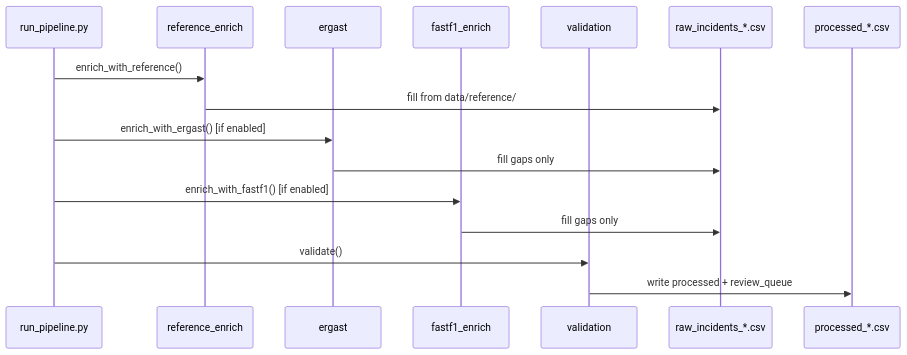
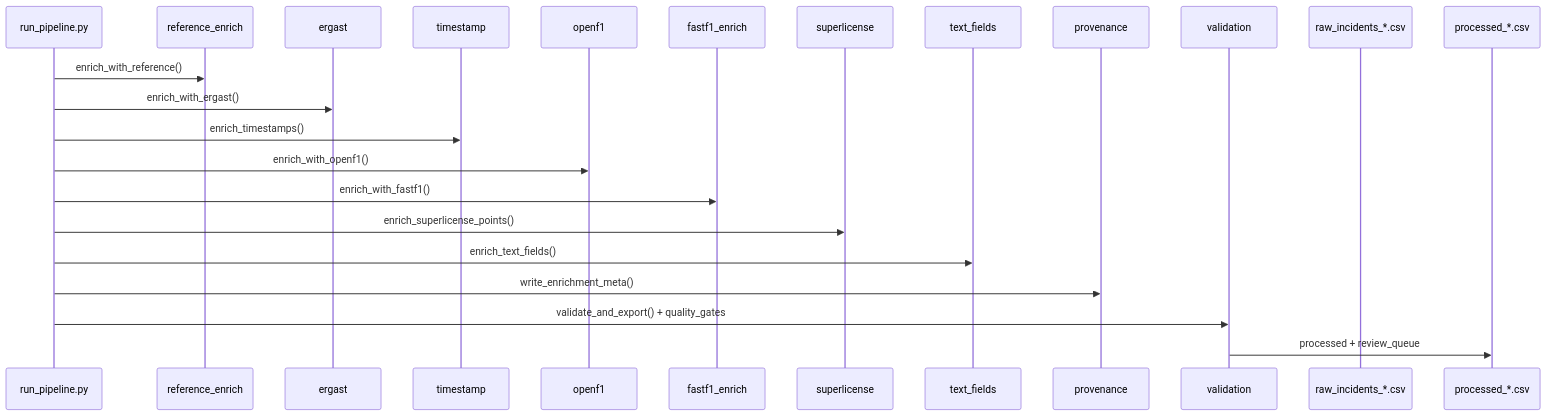
One commit to Rouxxel/f1_penalty_predictor changed the fourth of 6 diagrams in src/fia_ml/data/enrichment/README.md. Above: the diagram before and after it, drawn with Mermaid. The commit also changed other lines of this file and 8 other files, not shown here.

````diff
--- a/src/fia_ml/data/enrichment/README.md
+++ b/src/fia_ml/data/enrichment/README.md
@@ -182,19 +139,26 @@
 ```mermaid
 sequenceDiagram
     participant CLI as run_pipeline.py
     participant REF as reference_enrich
     participant ERG as ergast
+    participant TS as timestamp
+    participant OF1 as openf1
     participant FF as fastf1_enrich
+    participant SL as superlicense
+    participant TXT as text_fields
+    participant PROV as provenance
     participant VAL as validation
     participant CSV as raw_incidents_*.csv
     participant OUT as processed_*.csv
 
     CLI->>REF: enrich_with_reference()
-    REF->>CSV: fill from data/reference/
-    CLI->>ERG: enrich_with_ergast() [if enabled]
-    ERG->>CSV: fill gaps only
-    CLI->>FF: enrich_with_fastf1() [if enabled]
-    FF->>CSV: fill gaps only
-    CLI->>VAL: validate()
-    VAL->>OUT: write processed + review_queue
+    CLI->>ERG: enrich_with_ergast()
+    CLI->>TS: enrich_timestamps()
+    CLI->>OF1: enrich_with_openf1()
+    CLI->>FF: enrich_with_fastf1()
+    CLI->>SL: enrich_superlicense_points()
+    CLI->>TXT: enrich_text_fields()
+    CLI->>PROV: write_enrichment_meta()
+    CLI->>VAL: validate_and_export() + quality_gates
+    VAL->>OUT: processed + review_queue
 ```
````
